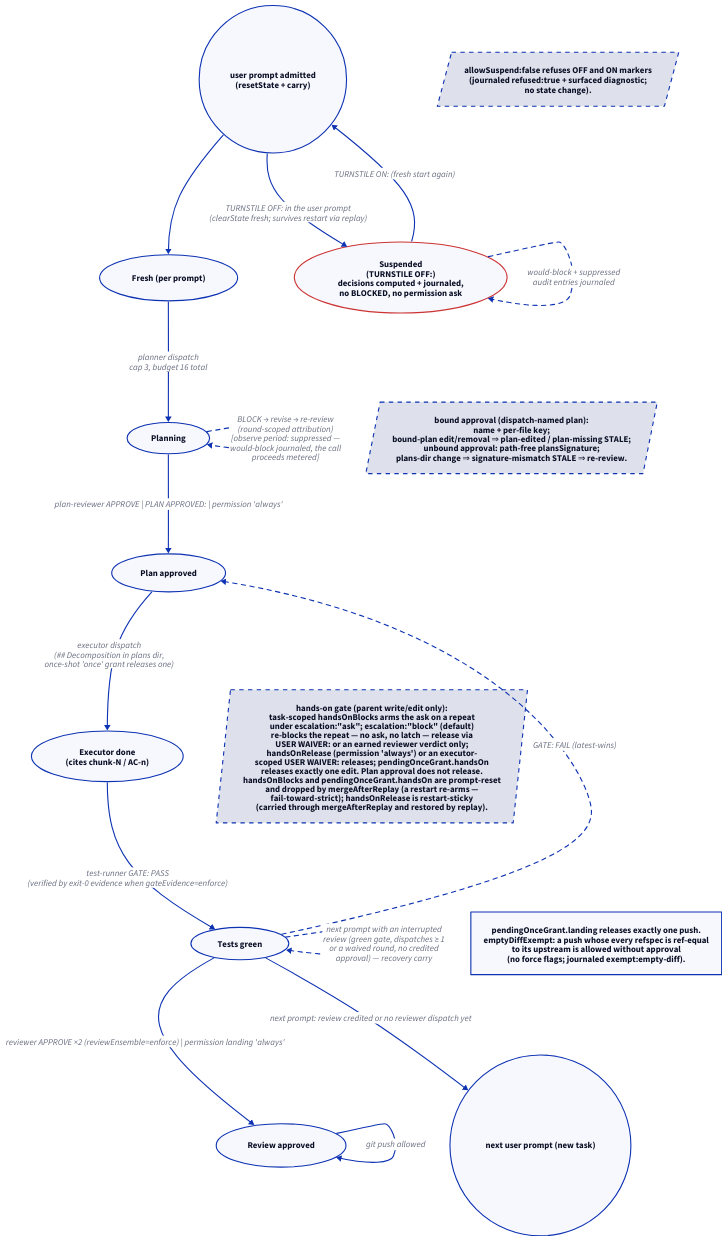
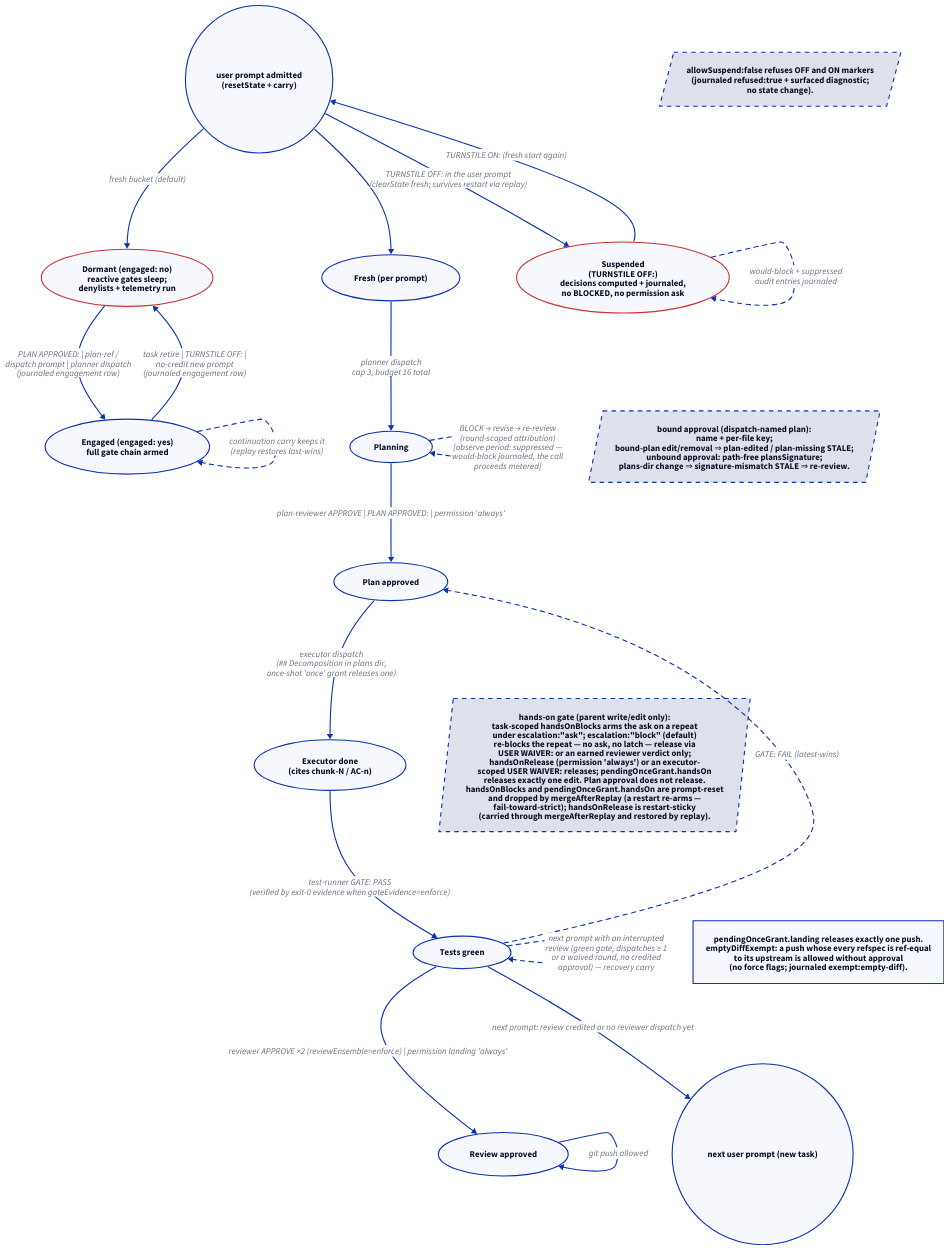
One commit to edseabolt/turnstile changed the diagram in docs/diagrams/d04-gate-state.d2. Above: the diagram before and after it, drawn with D2. The commit also changed 44 other files, not shown here.

Commit message:
feat(gates): dormant-until-engaged enforcement with alwaysEnforce opt-out

```diff
--- a/docs/diagrams/d04-gate-state.d2
+++ b/docs/diagrams/d04-gate-state.d2
@@ -1,81 +1,96 @@
 direction: down
 
 fresh: "Fresh (per prompt)" {
   shape: oval
 }
 planning: "Planning" {
   shape: oval
 }
 planok: "Plan approved" {
   shape: oval
 }
 executor: "Executor done\n(cites chunk-N / AC-n)" {
   shape: oval
 }
 green: "Tests green" {
   shape: oval
 }
 reviewed: "Review approved" {
   shape: oval
 }
 end: "next user prompt (new task)" {
   shape: circle
 }
 
 start: "user prompt admitted\n(resetState + carry)" {
   shape: circle
+}
+
+dormant: "Dormant (engaged: no)\nreactive gates sleep;\ndenylists + telemetry run" {
+  shape: oval
+  style.stroke: "#c33"
+}
+engaged: "Engaged (engaged: yes)\nfull gate chain armed" {
+  shape: oval
+}
+
+start -> dormant: "fresh bucket (default)"
+dormant -> engaged: "PLAN APPROVED: | plan-ref /\ndispatch prompt | planner dispatch\n(journaled engagement row)"
+engaged -> dormant: "task retire | TURNSTILE OFF: |\nno-credit new prompt\n(journaled engagement row)"
+engaged -> engaged: "continuation carry keeps it\n(replay restores last-wins)" {
+  style.stroke-dash: 4
 }
 
 start -> fresh
 fresh -> planning: "planner dispatch\ncap 3, budget 16 total"
 planning -> planok: "plan-reviewer APPROVE | PLAN APPROVED: | permission 'always'"
 planning -> planning: "BLOCK → revise → re-review\n(round-scoped attribution)\n[observe period: suppressed —\nwould-block journaled, the call\nproceeds metered]" {
   style.stroke-dash: 4
 }
 planok -> executor: "executor dispatch\n(## Decomposition in plans dir,\nonce-shot 'once' grant releases one)"
 executor -> green: "test-runner GATE: PASS\n(verified by exit-0 evidence when gateEvidence=enforce)"
 green -> planok: "GATE: FAIL (latest-wins)" {
   style.stroke-dash: 4
 }
 green -> reviewed: "reviewer APPROVE ×2 (reviewEnsemble=enforce) | permission landing 'always'"
 reviewed -> reviewed: "git push allowed"
 green -> end: "next prompt: review credited or no reviewer dispatch yet"
 green -> green: "next prompt with an interrupted\nreview (green gate, dispatches ≥ 1\nor a waived round, no credited\napproval) — recovery carry" {
   style.stroke-dash: 4
 }
 
 suspend: "Suspended\n(TURNSTILE OFF:)\ndecisions computed + journaled,\nno BLOCKED, no permission ask" {
   shape: oval
   style.stroke: "#c33"
 }
 suspend -> suspend: "would-block + suppressed\naudit entries journaled" {
   style.stroke-dash: 4
 }
 start -> suspend: "TURNSTILE OFF: in the user prompt\n(clearState fresh; survives restart via replay)"
 suspend -> start: "TURNSTILE ON: (fresh start again)"
 refused-note: "allowSuspend:false refuses OFF and ON markers\n(journaled refused:true + surfaced diagnostic;\nno state change)." {
   style.stroke-dash: 4
   shape: parallelogram
 }
 refused-note -> suspend: "" {
   style.opacity: 0
 }
 
 planok-note: "bound approval (dispatch-named plan):\nname + per-file key;\nbound-plan edit/removal ⇒ plan-edited / plan-missing STALE;\nunbound approval: path-free plansSignature;\nplans-dir change ⇒ signature-mismatch STALE ⇒ re-review." {
   style.stroke-dash: 4
   shape: parallelogram
 }
 reviewed-note: "pendingOnceGrant.landing releases exactly one push.\nemptyDiffExempt: a push whose every refspec is ref-equal\nto its upstream is allowed without approval\n(no force flags; journaled exempt:empty-diff)."
 handson-note: "hands-on gate (parent write/edit only):\ntask-scoped handsOnBlocks arms the ask on a repeat\nunder escalation:\"ask\"; escalation:\"block\" (default)\nre-blocks the repeat — no ask, no latch — release via\nUSER WAIVER: or an earned reviewer verdict only;\nhandsOnRelease (permission 'always') or an executor-\nscoped USER WAIVER: releases; pendingOnceGrant.handsOn\nreleases exactly one edit. Plan approval does not release.\nhandsOnBlocks and pendingOnceGrant.handsOn are prompt-reset\nand dropped by mergeAfterReplay (a restart re-arms —\nfail-toward-strict); handsOnRelease is restart-sticky\n(carried through mergeAfterReplay and restored by replay)." {
   style.stroke-dash: 4
   shape: parallelogram
 }
 planok-note -> planok: "" {
   style.opacity: 0
 }
 reviewed-note -> reviewed: "" {
   style.opacity: 0
 }
 handson-note -> green: "" {
   style.opacity: 0
 }
```
